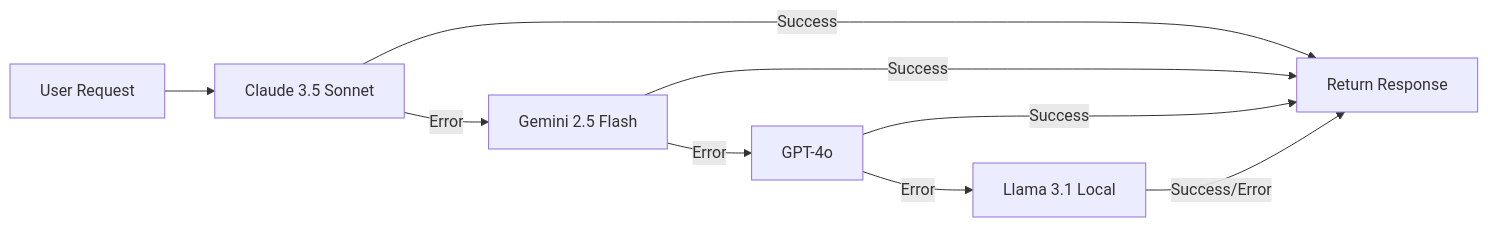
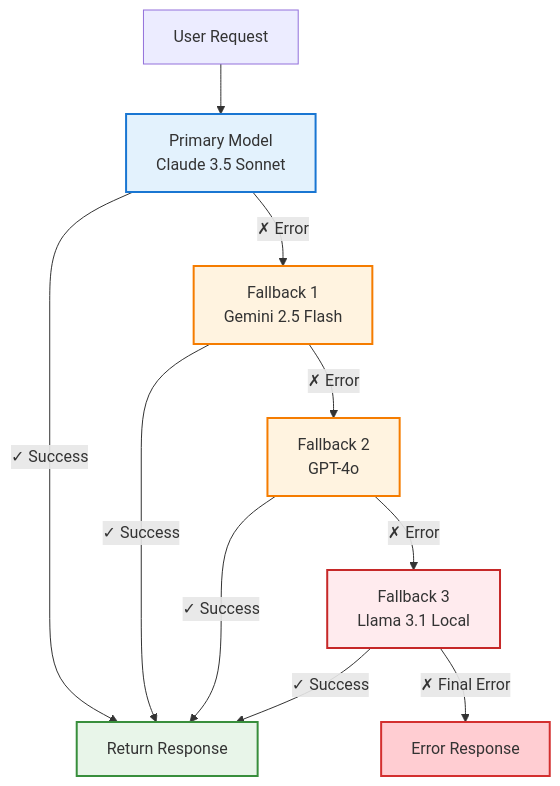
The diagram in docs/guides/multi-llm-setup.mdx (vishnu2kmohan/mcp-server-langgraph), drawn with Mermaid before and after one commit. The commit also changed 1 other file, not shown here.

First paragraph of the commit message:
docs: fix and enhance Mermaid diagrams for better rendering
Fixed critical syntax errors and improved visual clarity of Mermaid
diagrams in documentation.

````diff
--- a/docs/guides/multi-llm-setup.mdx
+++ b/docs/guides/multi-llm-setup.mdx
@@ -306,11 +306,23 @@
 ```mermaid
-graph LR
-    Request[User Request] --> Primary[Claude 3.5 Sonnet]
-    Primary -->|Error| Fallback1[Gemini 2.5 Flash]
-    Fallback1 -->|Error| Fallback2[GPT-4o]
-    Fallback2 -->|Error| Fallback3[Llama 3.1 Local]
-    Primary -->|Success| Response[Return Response]
-    Fallback1 -->|Success| Response
-    Fallback2 -->|Success| Response
-    Fallback3 -->|Success/Error| Response
+graph TD
+    Request[User Request] --> Primary[Primary Model<br/>Claude 3.5 Sonnet]
+
+    Primary -->|✓ Success| Response[Return Response]
+    Primary -->|✗ Error| Fallback1[Fallback 1<br/>Gemini 2.5 Flash]
+
+    Fallback1 -->|✓ Success| Response
+    Fallback1 -->|✗ Error| Fallback2[Fallback 2<br/>GPT-4o]
+
+    Fallback2 -->|✓ Success| Response
+    Fallback2 -->|✗ Error| Fallback3[Fallback 3<br/>Llama 3.1 Local]
+
+    Fallback3 -->|✓ Success| Response
+    Fallback3 -->|✗ Final Error| Error[Error Response]
+
+    style Primary fill:#e3f2fd,stroke:#1976d2,stroke-width:2px
+    style Fallback1 fill:#fff3e0,stroke:#f57c00,stroke-width:2px
+    style Fallback2 fill:#fff3e0,stroke:#f57c00,stroke-width:2px
+    style Fallback3 fill:#ffebee,stroke:#c62828,stroke-width:2px
+    style Response fill:#e8f5e9,stroke:#388e3c,stroke-width:2px
+    style Error fill:#ffcdd2,stroke:#d32f2f,stroke-width:2px
 ```
````
